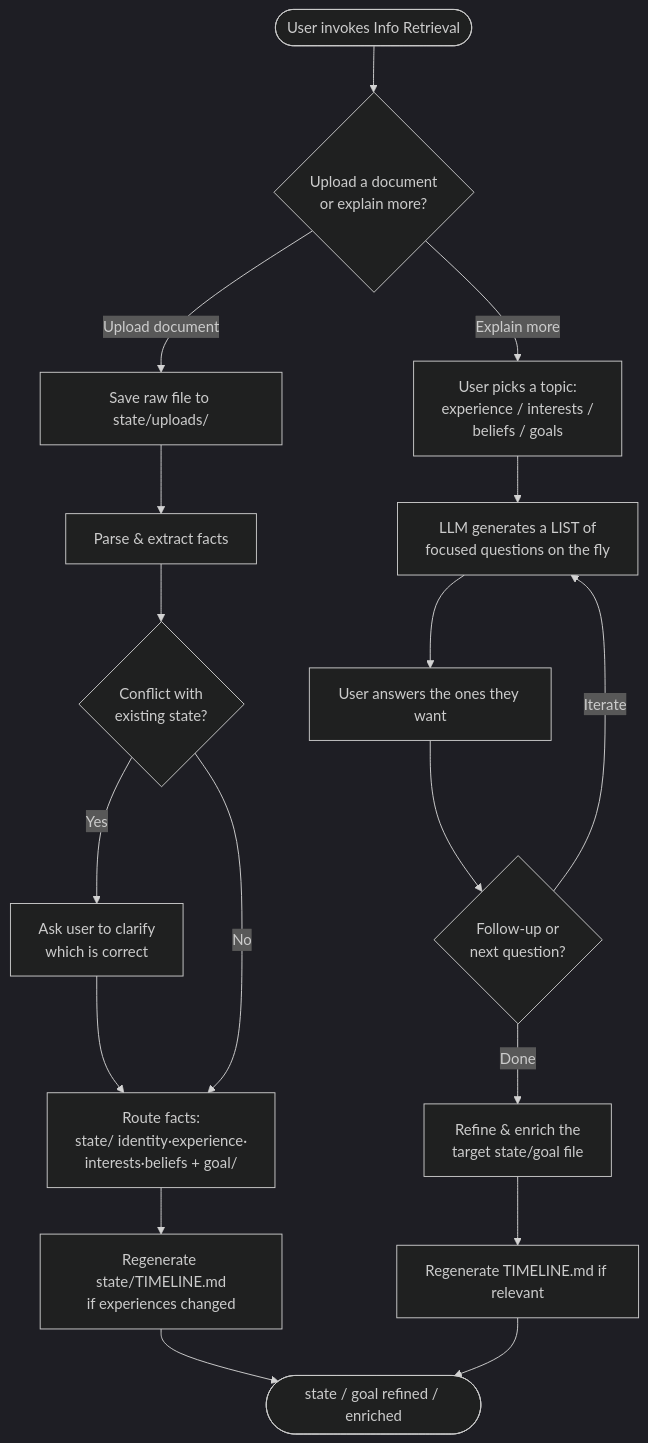
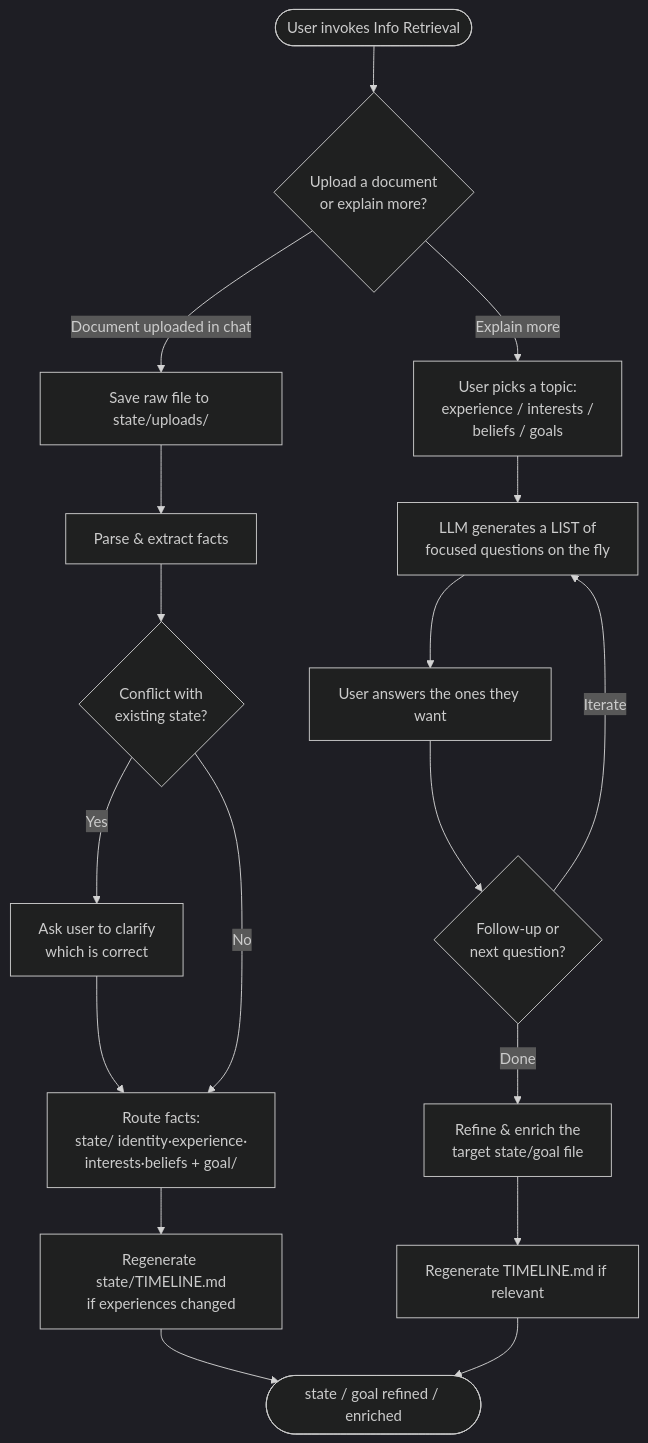
Before and after one commit to junggyubae/career-planner: the fourth of 7 diagrams in .jg/prd-career-planner-card.md, drawn with Mermaid (dark theme). The commit also changed other lines of this file, not shown here.

````diff
--- a/.jg/prd-career-planner-card.md
+++ b/.jg/prd-career-planner-card.md
@@ -170,22 +174,22 @@
 ```mermaid
 flowchart TD
     Start([User invokes Info Retrieval]) --> Q{Upload a document<br/>or explain more?}
 
-    Q -->|Upload document| U1[Save raw file to state/uploads/]
+    Q -->|Document uploaded in chat| U1[Save raw file to state/uploads/]
     U1 --> U2[Parse & extract facts]
     U2 --> Uc{Conflict with<br/>existing state?}
     Uc -->|Yes| Uq[Ask user to clarify<br/>which is correct]
     Uq --> U3
     Uc -->|No| U3[Route facts:<br/>state/ identity·experience·<br/>interests·beliefs + goal/]
     U3 --> U4[Regenerate state/TIMELINE.md<br/>if experiences changed]
     U4 --> Done([state / goal refined / enriched])
 
     Q -->|Explain more| I1[User picks a topic:<br/>experience / interests /<br/>beliefs / goals]
     I1 --> I2[LLM generates a LIST of<br/>focused questions on the fly]
     I2 --> I3[User answers the ones they want]
     I3 --> I4{Follow-up or<br/>next question?}
     I4 -->|Iterate| I2
     I4 -->|Done| I5[Refine & enrich the<br/>target state/goal file]
     I5 --> I6[Regenerate TIMELINE.md if relevant]
     I6 --> Done
 ```
````
